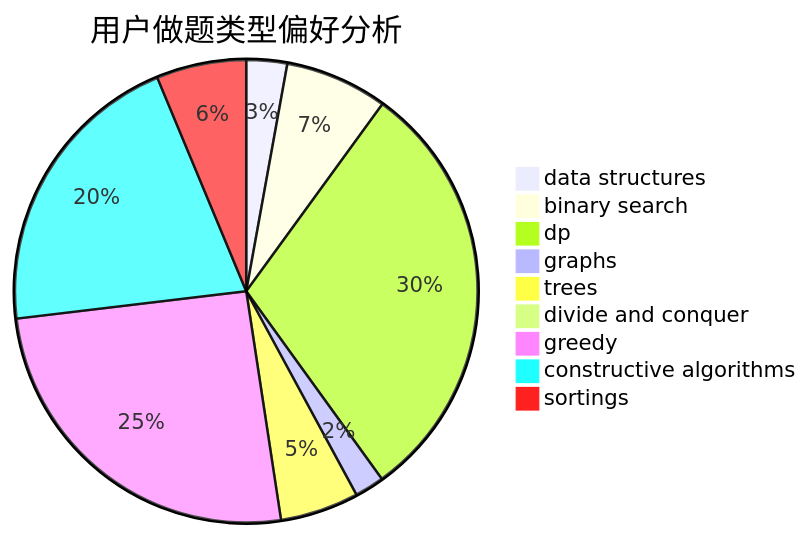
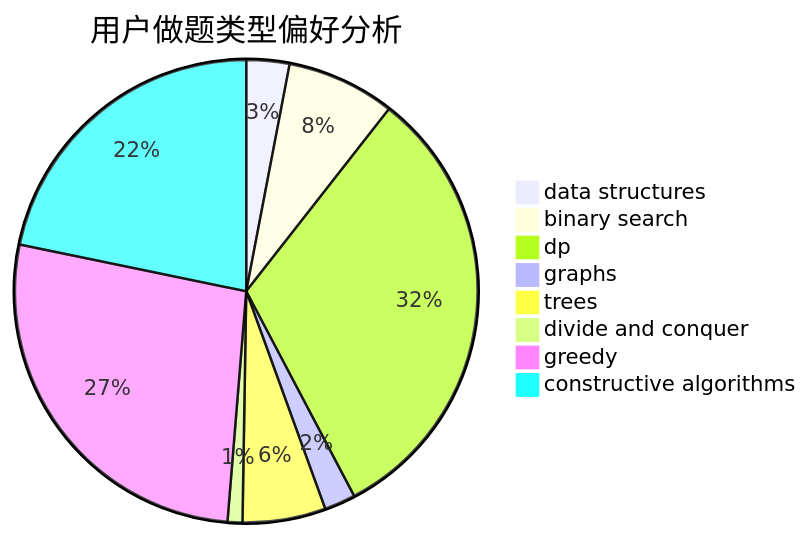
The second of 3 diagrams in docs/user/u2286.md (sherpahu/cfrs.github.io), drawn with Mermaid before and after one commit. The commit also changed other lines of this file and 2769 other files, not shown here.

````diff
--- a/docs/user/u2286.md
+++ b/docs/user/u2286.md
@@ -18,12 +18,11 @@
 ```mermaid
 pie title 用户做题类型偏好分析
     "data structures" :  29
     "binary search" :  73
     "dp" :  306
     "graphs" :  21
     "trees" :  56
     "divide and conquer" :  10
     "greedy" :  260
     "constructive algorithms" :  210
-    "sortings" :  64
 ```
````
